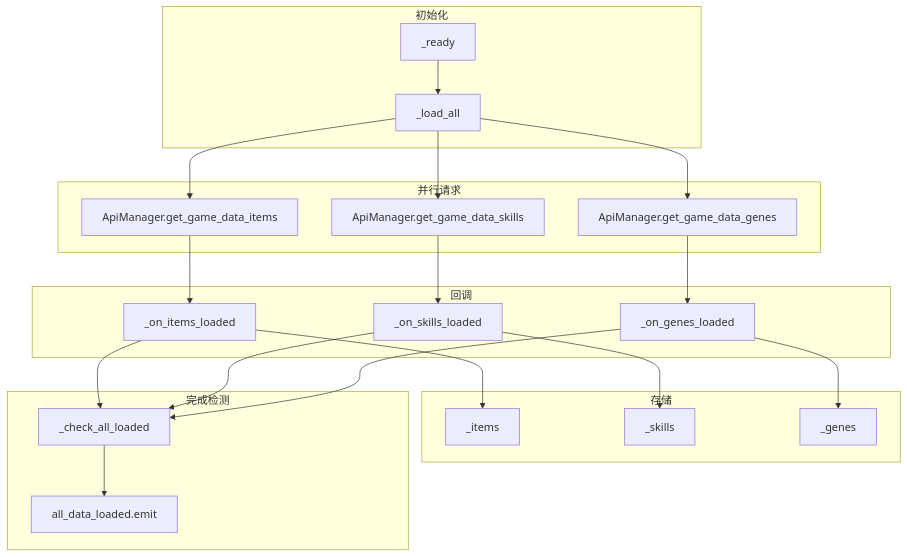
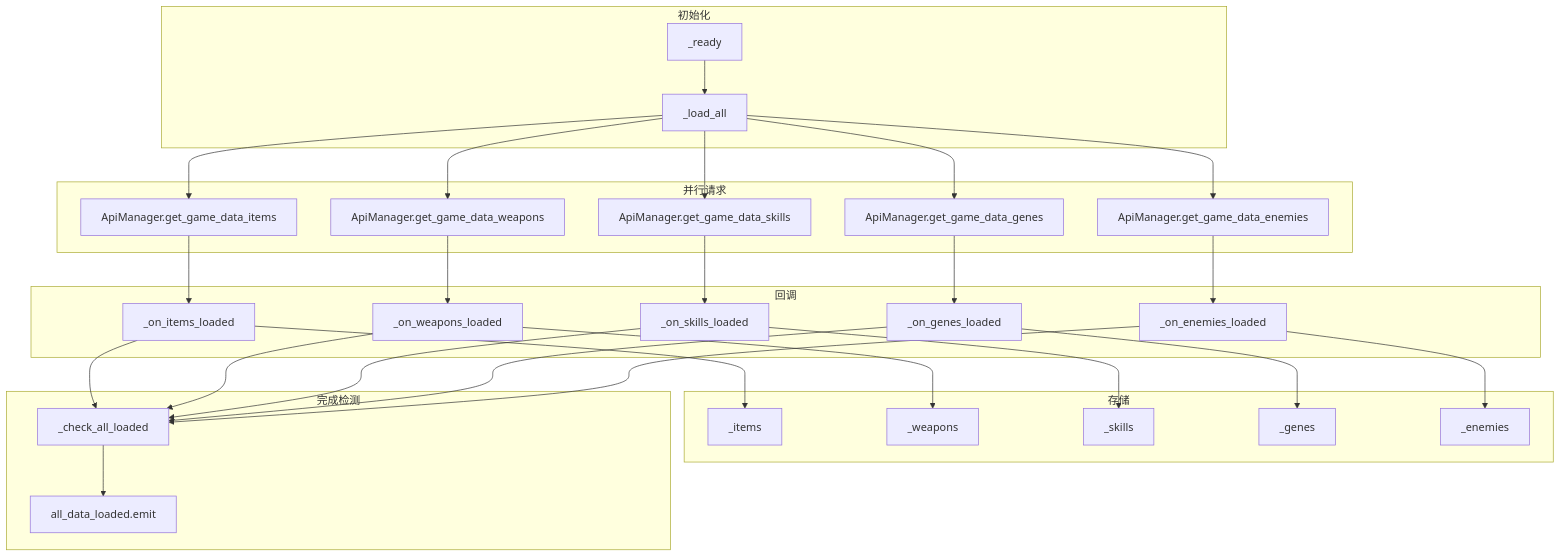
The diagram in docs/GameDataManager.md (baixuan297/Human-Disaster), drawn with Mermaid before and after one commit. The commit also changed other lines of this file and 117 other files, not shown here.

````diff
--- a/docs/GameDataManager.md
+++ b/docs/GameDataManager.md
@@ -20,40 +21,54 @@
 ```mermaid
 flowchart TB
     subgraph init [初始化]
         Ready[_ready]
         LoadAll[_load_all]
     end
     subgraph parallel [并行请求]
         ApiItems[ApiManager.get_game_data_items]
+        ApiWeapons[ApiManager.get_game_data_weapons]
         ApiSkills[ApiManager.get_game_data_skills]
         ApiGenes[ApiManager.get_game_data_genes]
+        ApiEnemies[ApiManager.get_game_data_enemies]
     end
     subgraph callbacks [回调]
         OnItems[_on_items_loaded]
+        OnWeapons[_on_weapons_loaded]
         OnSkills[_on_skills_loaded]
         OnGenes[_on_genes_loaded]
+        OnEnemies[_on_enemies_loaded]
     end
     subgraph storage [存储]
         ItemsDict[_items]
+        WeaponsDict[_weapons]
         SkillsDict[_skills]
         GenesDict[_genes]
+        EnemiesDict[_enemies]
     end
     subgraph check [完成检测]
         CheckAll[_check_all_loaded]
         AllLoaded[all_data_loaded.emit]
     end
     Ready --> LoadAll
     LoadAll --> ApiItems
+    LoadAll --> ApiWeapons
     LoadAll --> ApiSkills
     LoadAll --> ApiGenes
+    LoadAll --> ApiEnemies
     ApiItems --> OnItems
+    ApiWeapons --> OnWeapons
     ApiSkills --> OnSkills
     ApiGenes --> OnGenes
+    ApiEnemies --> OnEnemies
     OnItems --> ItemsDict
+    OnWeapons --> WeaponsDict
     OnSkills --> SkillsDict
     OnGenes --> GenesDict
+    OnEnemies --> EnemiesDict
     OnItems --> CheckAll
+    OnWeapons --> CheckAll
     OnSkills --> CheckAll
     OnGenes --> CheckAll
+    OnEnemies --> CheckAll
     CheckAll --> AllLoaded
 ```
````
